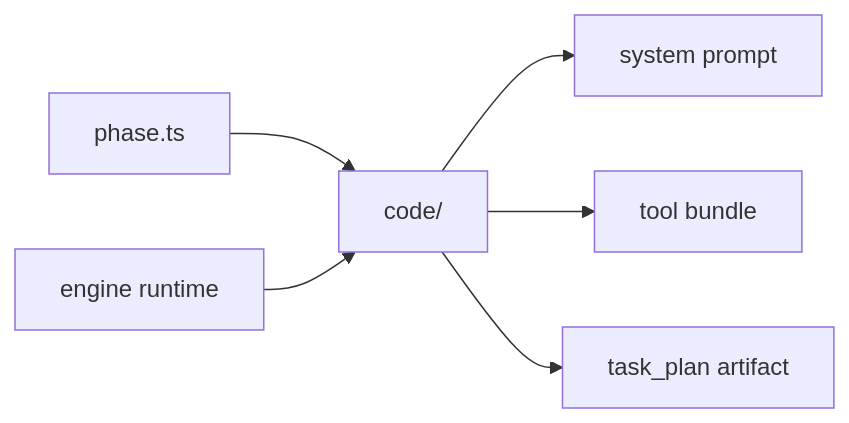
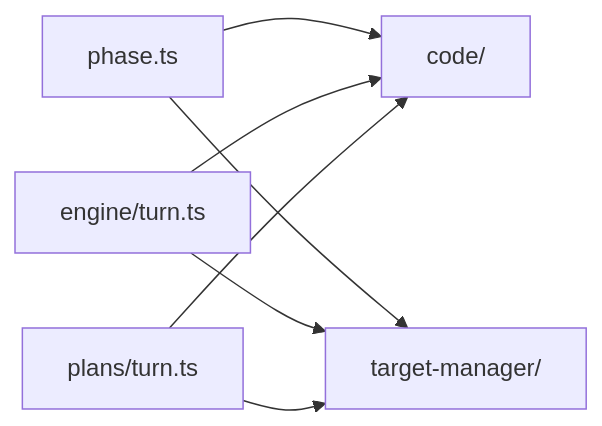
One commit to thisisyoussef/shipyard changed the diagram in shipyard/src/phases/README.md. Above: the diagram before and after it, drawn with Mermaid. The commit also changed other lines of this file and 21 other files, not shown here.

First line of the commit message:
docs: refresh runtime architecture guides

````diff
--- a/shipyard/src/phases/README.md
+++ b/shipyard/src/phases/README.md
@@ -24,15 +28,15 @@
 ```mermaid
 flowchart LR
   Contract["phase.ts"]
   Code["code/"]
-  Prompt["system prompt"]
-  Tools["tool bundle"]
-  Output["task_plan artifact"]
-  Runtime["engine runtime"]
+  TargetManager["target-manager/"]
+  Runtime["engine/turn.ts"]
+  Plans["plans/turn.ts"]
 
   Contract --> Code
-  Code --> Prompt
-  Code --> Tools
-  Code --> Output
+  Contract --> TargetManager
   Runtime --> Code
+  Runtime --> TargetManager
+  Plans --> Code
+  Plans --> TargetManager
 ```
````
